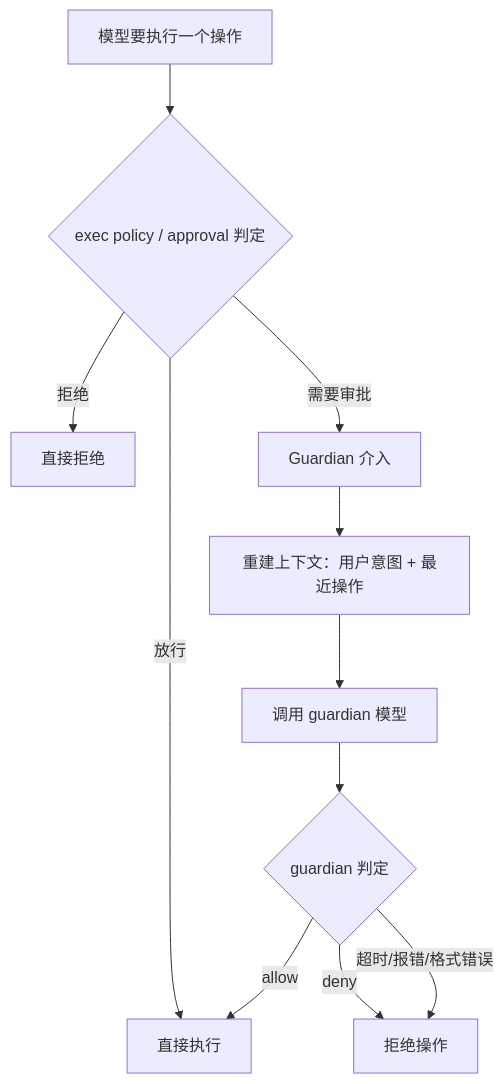
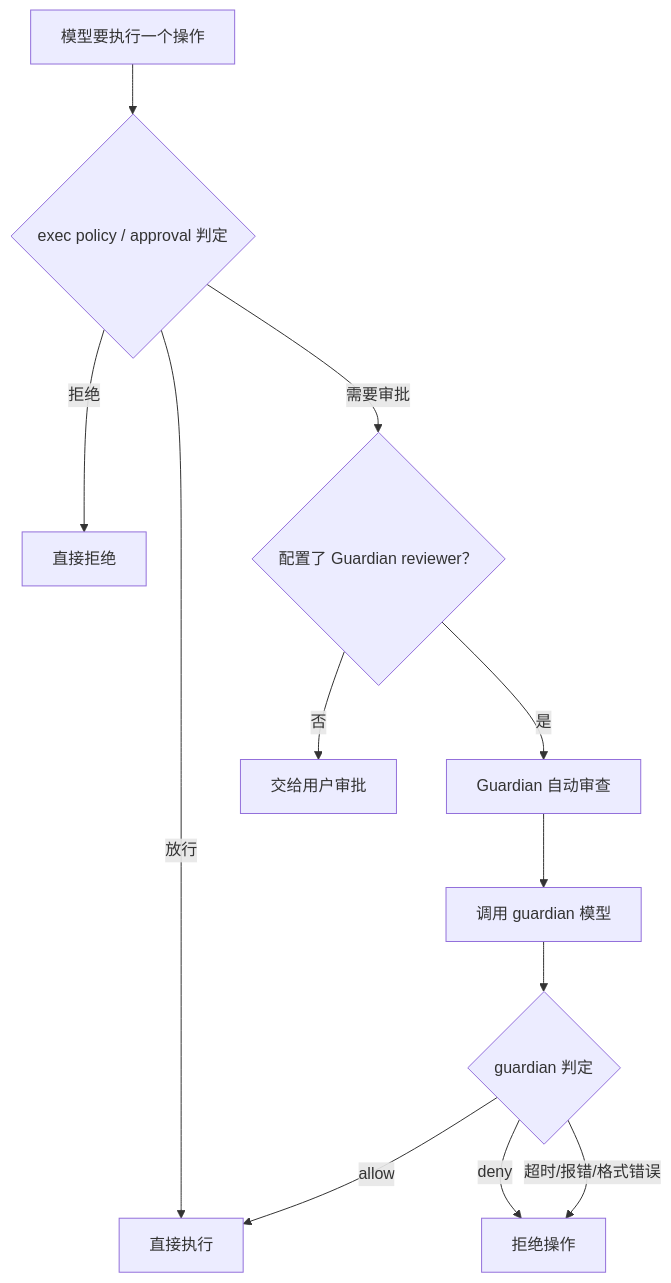
The diagram in website/docs/ch09-guardian.mdx (luochang212/codex-notebook), drawn with Mermaid before and after one commit. The commit also changed other lines of this file and 8 other files, not shown here.

````diff
--- a/website/docs/ch09-guardian.mdx
+++ b/website/docs/ch09-guardian.mdx
@@ -19,13 +19,14 @@
 ```mermaid
 flowchart TD
     A["模型要执行一个操作"] --> B{"exec policy / approval 判定"}
     B -->|"放行"| C["直接执行"]
     B -->|"拒绝"| D["直接拒绝"]
-    B -->|"需要审批"| E["Guardian 介入"]
-    E --> F["重建上下文：用户意图 + 最近操作"]
+    B -->|"需要审批"| E{"配置了 Guardian reviewer？"}
+    E -->|是| F["Guardian 自动审查"]
+    E -->|否| E2["交给用户审批"]
     F --> G["调用 guardian 模型"]
     G --> H{"guardian 判定"}
     H -->|allow| C
     H -->|deny| I["拒绝操作"]
     H -->|"超时/报错/格式错误"| I
 ```
````
